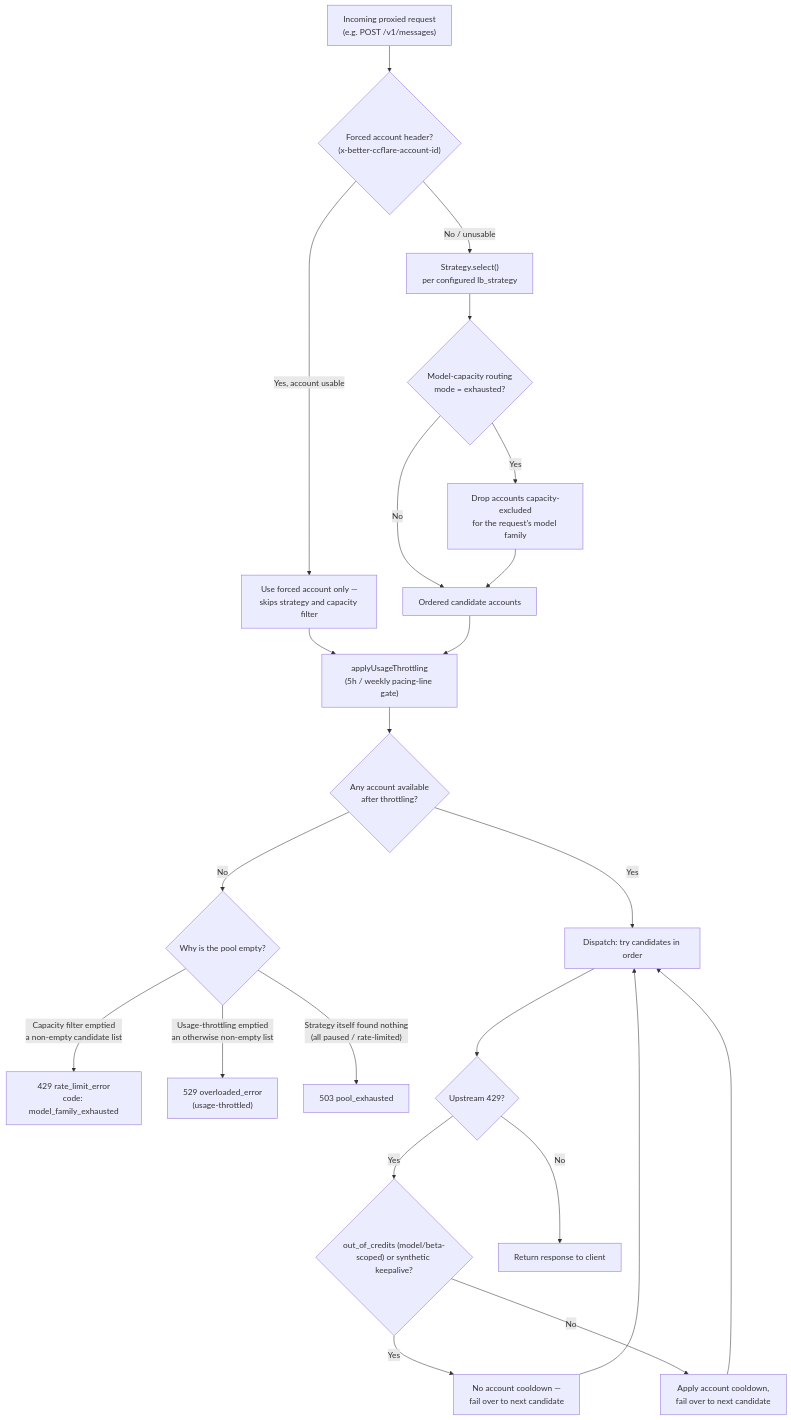
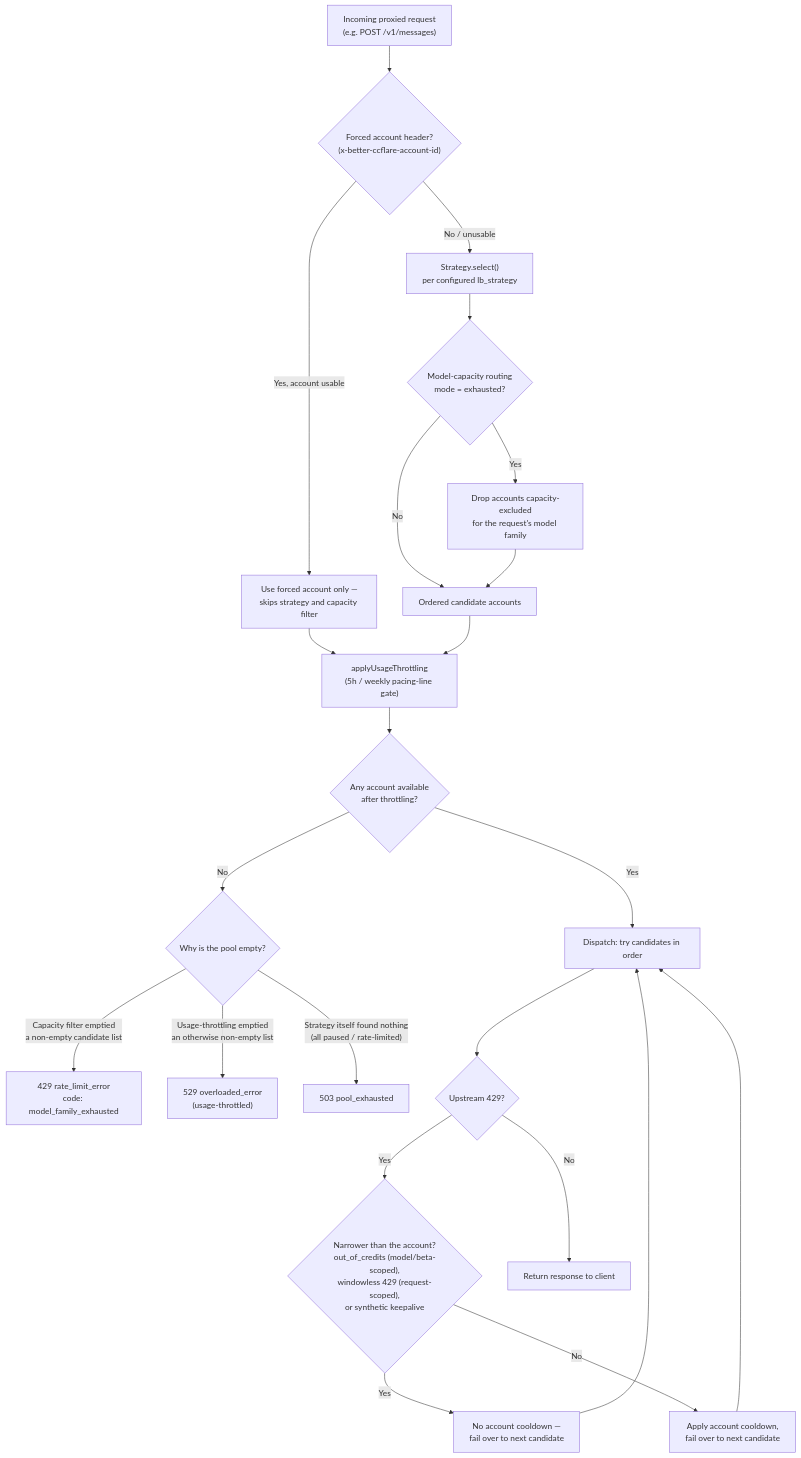
The first of 8 diagrams in docs/routing-architecture.md (tombii/better-ccflare), drawn with Mermaid before and after one commit. The commit also changed other lines of this file and 11 other files, not shown here.

````diff
--- a/docs/routing-architecture.md
+++ b/docs/routing-architecture.md
@@ -26,25 +26,25 @@
 ```mermaid
 flowchart TD
     A["Incoming proxied request<br/>(e.g. POST /v1/messages)"] --> B{"Forced account header?<br/>(x-better-ccflare-account-id)"}
     B -->|"Yes, account usable"| C["Use forced account only —<br/>skips strategy and capacity filter"]
     B -->|"No / unusable"| D["Strategy.select()<br/>per configured lb_strategy"]
     D --> E{"Model-capacity routing<br/>mode = exhausted?"}
     E -->|"Yes"| F["Drop accounts capacity-excluded<br/>for the request's model family"]
     E -->|"No"| G["Ordered candidate accounts"]
     F --> G
     C --> H["applyUsageThrottling<br/>(5h / weekly pacing-line gate)"]
     G --> H
     H --> I{"Any account available<br/>after throttling?"}
     I -->|"No"| J{"Why is the pool empty?"}
     J -->|"Capacity filter emptied<br/>a non-empty candidate list"| K["429 rate_limit_error<br/>code: model_family_exhausted"]
     J -->|"Usage-throttling emptied<br/>an otherwise non-empty list"| L["529 overloaded_error<br/>(usage-throttled)"]
     J -->|"Strategy itself found nothing<br/>(all paused / rate-limited)"| M["503 pool_exhausted"]
     I -->|"Yes"| N["Dispatch: try candidates in order"]
     N --> O{"Upstream 429?"}
-    O -->|"Yes"| P{"out_of_credits (model/beta-<br/>scoped) or synthetic keepalive?"}
+    O -->|"Yes"| P{"Narrower than the account?<br/>out_of_credits (model/beta-scoped),<br/>windowless 429 (request-scoped),<br/>or synthetic keepalive"}
     P -->|"Yes"| P2["No account cooldown —<br/>fail over to next candidate"]
     P -->|"No"| P3["Apply account cooldown,<br/>fail over to next candidate"]
     P2 --> N
     P3 --> N
     O -->|"No"| Q["Return response to client"]
 ```
````
